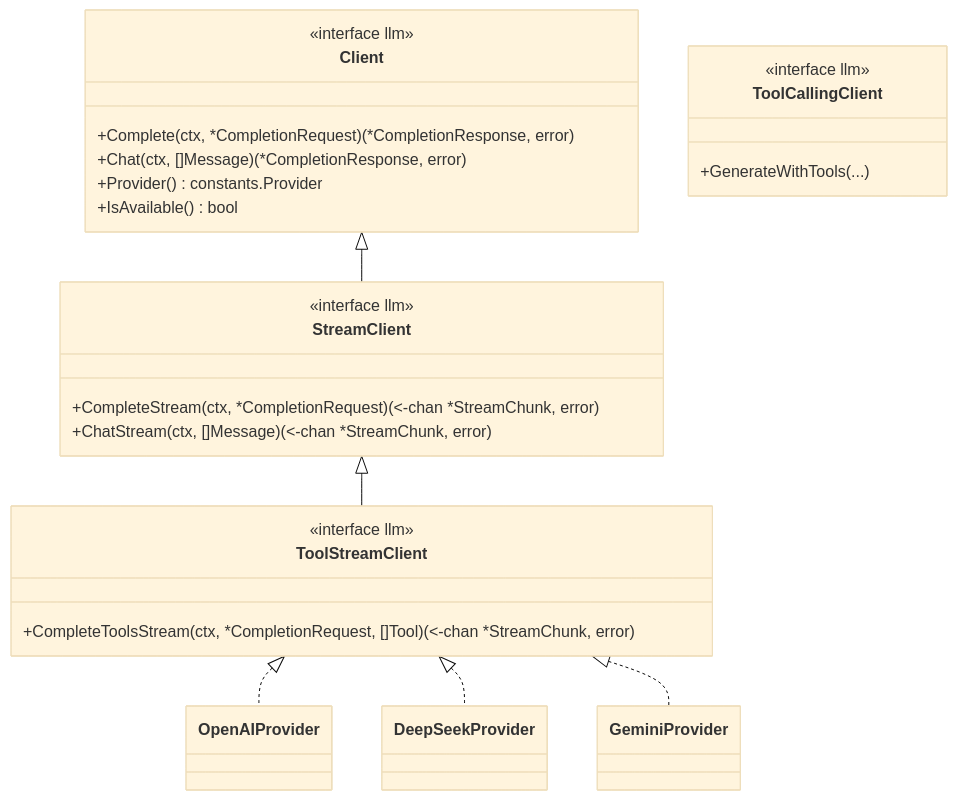
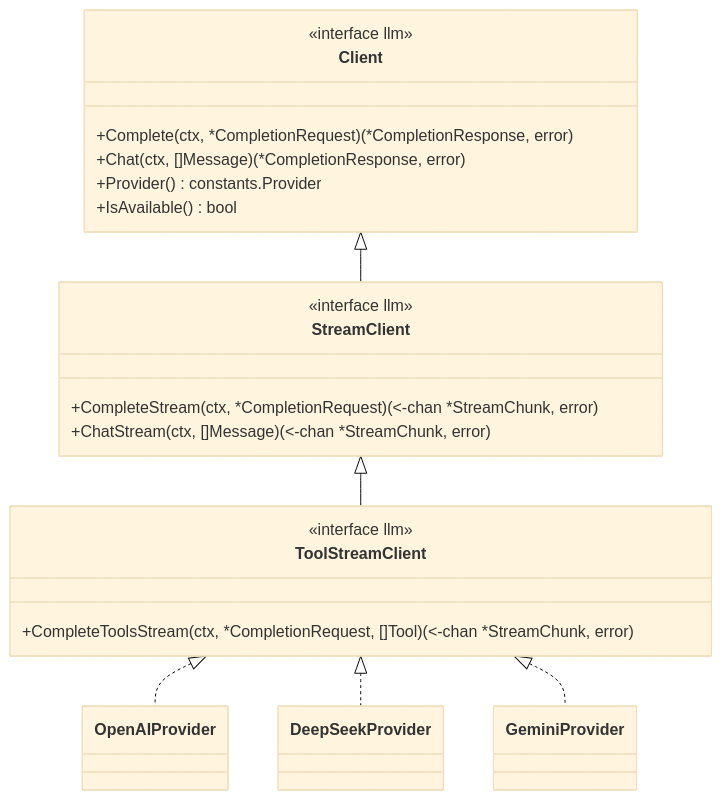
The fourth of 5 diagrams in docs/architecture/COMPONENT_DIAGRAM.md (kart-io/goagent), drawn with Mermaid (base theme) before and after one commit. The commit also changed other lines of this file and 99 other files, not shown here.

````diff
--- a/docs/architecture/COMPONENT_DIAGRAM.md
+++ b/docs/architecture/COMPONENT_DIAGRAM.md
@@ -176,31 +174,27 @@
 ```mermaid
 classDiagram
     class Client {
         <<interface llm>>
         +Complete(ctx, *CompletionRequest) (*CompletionResponse, error)
         +Chat(ctx, []Message) (*CompletionResponse, error)
         +Provider() constants.Provider
         +IsAvailable() bool
     }
     class StreamClient {
         <<interface llm>>
         +CompleteStream(ctx, *CompletionRequest) (<-chan *StreamChunk, error)
         +ChatStream(ctx, []Message) (<-chan *StreamChunk, error)
     }
     class ToolStreamClient {
         <<interface llm>>
         +CompleteToolsStream(ctx, *CompletionRequest, []Tool) (<-chan *StreamChunk, error)
     }
-    class ToolCallingClient {
-        <<interface llm>>
-        +GenerateWithTools(...)
-    }
     class OpenAIProvider
     class DeepSeekProvider
     class GeminiProvider
     Client <|-- StreamClient
     StreamClient <|-- ToolStreamClient
     ToolStreamClient <|.. OpenAIProvider
     ToolStreamClient <|.. DeepSeekProvider
     ToolStreamClient <|.. GeminiProvider
 ```
````
